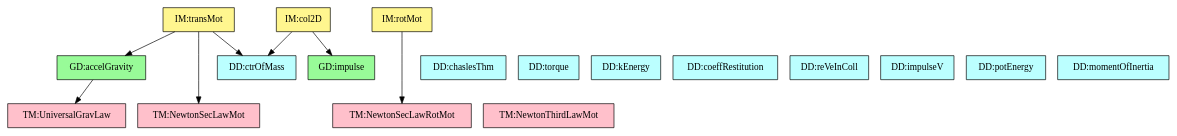
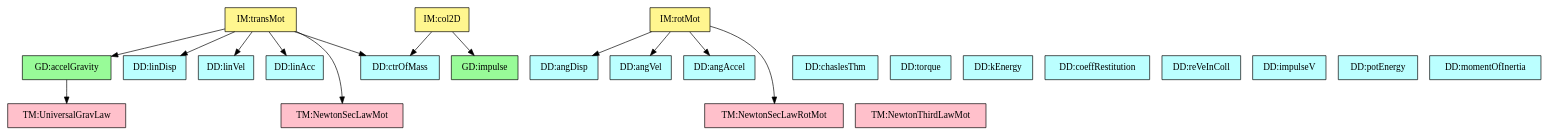
One commit to JacquesCarette/Drasil changed the diagram in code/stable/gamephysics/TraceyGraph/refvsref.dot. Above: the diagram before and after it, drawn with Graphviz. The commit also changed 14 other files, not shown here.

```diff
--- a/code/stable/gamephysics/TraceyGraph/refvsref.dot
+++ b/code/stable/gamephysics/TraceyGraph/refvsref.dot
@@ -1,53 +1,65 @@
 digraph refvsref {
 	gravitationalAccel -> force;
 	accj -> p_CM;
+	accj -> linearDisplacement;
+	accj -> linearVelocity;
+	accj -> linearAcceleration;
 	accj -> newtonSL;
 	accj -> gravitationalAccel;
+	angAccj -> angularDisplacement;
+	angAccj -> angularVelocity;
+	angAccj -> angularAcceleration;
 	angAccj -> newtonSLR;
 	col2DIM -> p_CM;
 	col2DIM -> impulseS;
 
 
 	p_CM	[shape=box, color=black, style=filled, fillcolor=paleturquoise1, label="DD:ctrOfMass"];
 	velocityB	[shape=box, color=black, style=filled, fillcolor=paleturquoise1, label="DD:chaslesThm"];
 	torque	[shape=box, color=black, style=filled, fillcolor=paleturquoise1, label="DD:torque"];
 	kEnergy	[shape=box, color=black, style=filled, fillcolor=paleturquoise1, label="DD:kEnergy"];
 	restitutionCoef	[shape=box, color=black, style=filled, fillcolor=paleturquoise1, label="DD:coeffRestitution"];
 	v_iAB	[shape=box, color=black, style=filled, fillcolor=paleturquoise1, label="DD:reVeInColl"];
 	impulseV	[shape=box, color=black, style=filled, fillcolor=paleturquoise1, label="DD:impulseV"];
 	potEnergy	[shape=box, color=black, style=filled, fillcolor=paleturquoise1, label="DD:potEnergy"];
 	momentOfInertia	[shape=box, color=black, style=filled, fillcolor=paleturquoise1, label="DD:momentOfInertia"];
+	linearDisplacement	[shape=box, color=black, style=filled, fillcolor=paleturquoise1, label="DD:linDisp"];
+	linearVelocity	[shape=box, color=black, style=filled, fillcolor=paleturquoise1, label="DD:linVel"];
+	linearAcceleration	[shape=box, color=black, style=filled, fillcolor=paleturquoise1, label="DD:linAcc"];
+	angularDisplacement	[shape=box, color=black, style=filled, fillcolor=paleturquoise1, label="DD:angDisp"];
+	angularVelocity	[shape=box, color=black, style=filled, fillcolor=paleturquoise1, label="DD:angVel"];
+	angularAcceleration	[shape=box, color=black, style=filled, fillcolor=paleturquoise1, label="DD:angAccel"];
 
 	subgraph DD {
 	rank="same"
-	{p_CM, velocityB, torque, kEnergy, restitutionCoef, v_iAB, impulseV, potEnergy, momentOfInertia}
+	{p_CM, velocityB, torque, kEnergy, restitutionCoef, v_iAB, impulseV, potEnergy, momentOfInertia, linearDisplacement, linearVelocity, linearAcceleration, angularDisplacement, angularVelocity, angularAcceleration}
 	}
 
 	newtonSL	[shape=box, color=black, style=filled, fillcolor=pink, label="TM:NewtonSecLawMot"];
 	force1	[shape=box, color=black, style=filled, fillcolor=pink, label="TM:NewtonThirdLawMot"];
 	force	[shape=box, color=black, style=filled, fillcolor=pink, label="TM:UniversalGravLaw"];
 	newtonSLR	[shape=box, color=black, style=filled, fillcolor=pink, label="TM:NewtonSecLawRotMot"];
 
 	subgraph TM {
 	rank="same"
 	{newtonSL, force1, force, newtonSLR}
 	}
 
 	gravitationalAccel	[shape=box, color=black, style=filled, fillcolor=palegreen, label="GD:accelGravity"];
 	impulseS	[shape=box, color=black, style=filled, fillcolor=palegreen, label="GD:impulse"];
 
 	subgraph GD {
 	rank="same"
 	{gravitationalAccel, impulseS}
 	}
 
 	accj	[shape=box, color=black, style=filled, fillcolor=khaki1, label="IM:transMot"];
 	angAccj	[shape=box, color=black, style=filled, fillcolor=khaki1, label="IM:rotMot"];
 	col2DIM	[shape=box, color=black, style=filled, fillcolor=khaki1, label="IM:col2D"];
 
 	subgraph IM {
 	rank="same"
 	{accj, angAccj, col2DIM}
 	}
 
 }
```
